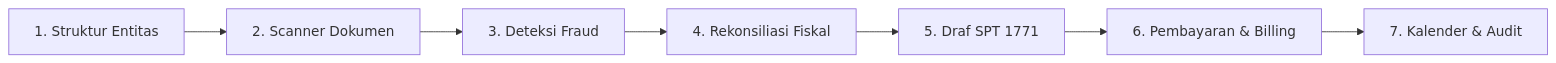
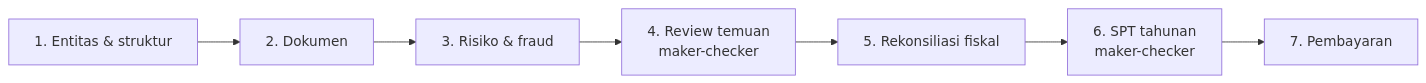
The diagram in README.md (fabrianivan/nexora), drawn with Mermaid before and after one commit. The commit also changed other lines of this file and 97 other files, not shown here.

````diff
--- a/README.md
+++ b/README.md
@@ -47,9 +47,9 @@
 ```mermaid
 flowchart LR
-  S1[1. Struktur Entitas] --> S2[2. Scanner Dokumen]
-  S2 --> S3[3. Deteksi Fraud]
-  S3 --> S4[4. Rekonsiliasi Fiskal]
-  S4 --> S5[5. Draf SPT 1771]
-  S5 --> S6[6. Pembayaran & Billing]
-  S6 --> S7[7. Kalender & Audit]
+  S1[1. Entitas & struktur] --> S2[2. Dokumen]
+  S2 --> S3[3. Risiko & fraud]
+  S3 --> S4[4. Review temuan<br/>maker-checker]
+  S4 --> S5[5. Rekonsiliasi fiskal]
+  S5 --> S6[6. SPT tahunan<br/>maker-checker]
+  S6 --> S7[7. Pembayaran]
 ```
````
